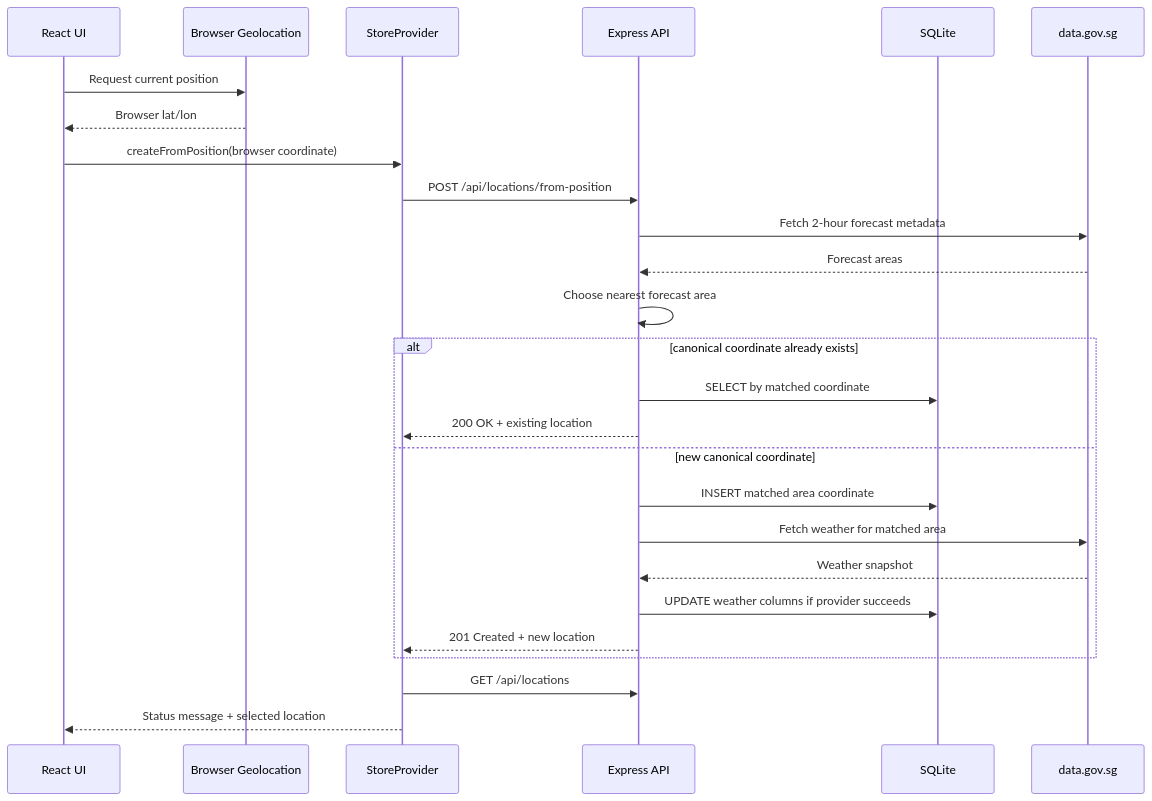
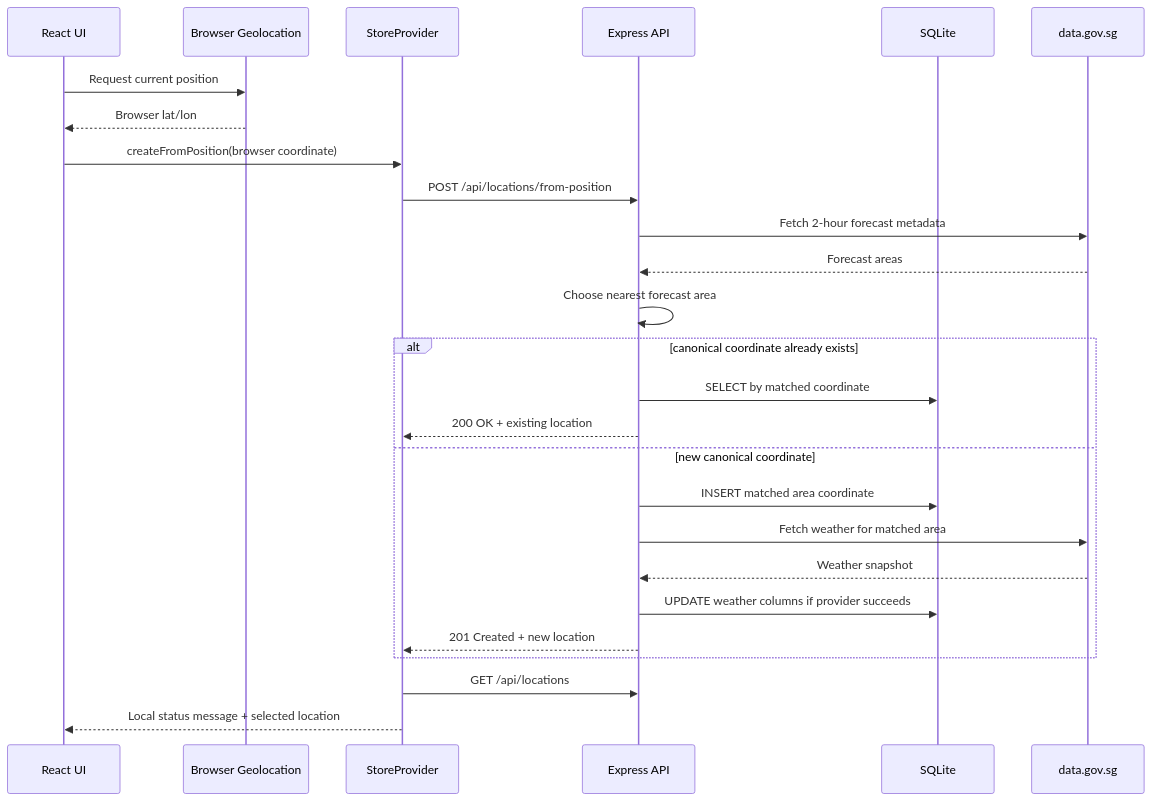
Before and after one commit to optiflow/sg-weather-ops-dashboard: the second of 2 diagrams in docs/src/content/docs/guides/adding-locations.md, drawn with Mermaid. The commit also changed other lines of this file and 41 other files, not shown here.

````diff
--- a/docs/src/content/docs/guides/adding-locations.md
+++ b/docs/src/content/docs/guides/adding-locations.md
@@ -85,29 +85,29 @@
 ```mermaid
 sequenceDiagram
   participant UI as React UI
   participant Browser as Browser Geolocation
   participant Store as StoreProvider
   participant API as Express API
   participant DB as SQLite
   participant Gov as data.gov.sg
 
   UI->>Browser: Request current position
   Browser-->>UI: Browser lat/lon
   UI->>Store: createFromPosition(browser coordinate)
   Store->>API: POST /api/locations/from-position
   API->>Gov: Fetch 2-hour forecast metadata
   Gov-->>API: Forecast areas
   API->>API: Choose nearest forecast area
   alt canonical coordinate already exists
     API->>DB: SELECT by matched coordinate
     API-->>Store: 200 OK + existing location
   else new canonical coordinate
     API->>DB: INSERT matched area coordinate
     API->>Gov: Fetch weather for matched area
     Gov-->>API: Weather snapshot
     API->>DB: UPDATE weather columns if provider succeeds
     API-->>Store: 201 Created + new location
   end
   Store->>API: GET /api/locations
-  Store-->>UI: Status message + selected location
+  Store-->>UI: Local status message + selected location
 ```
````
